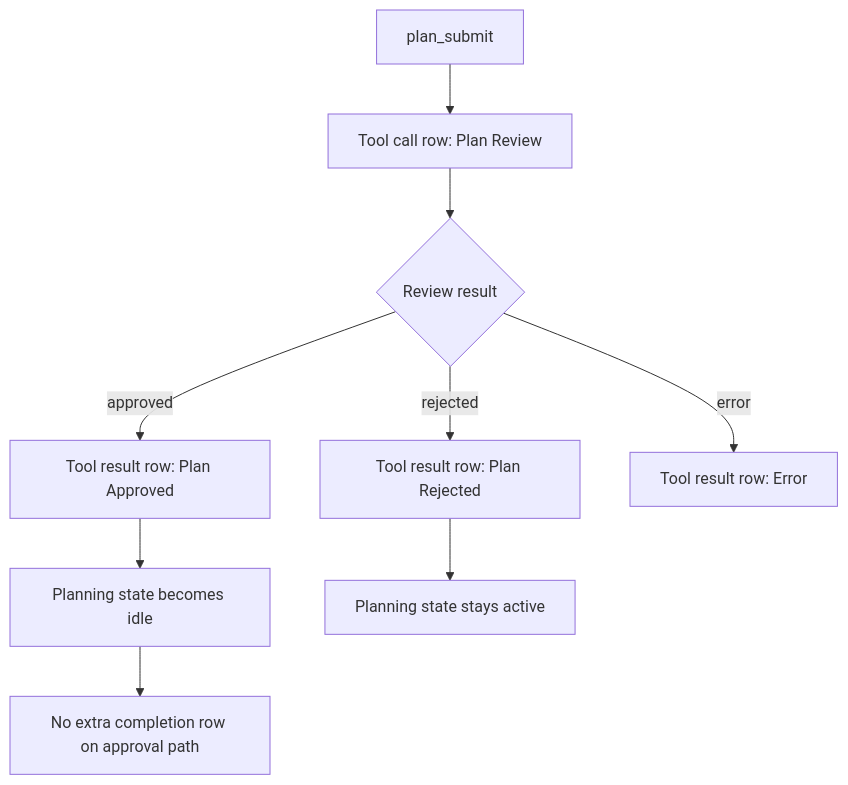
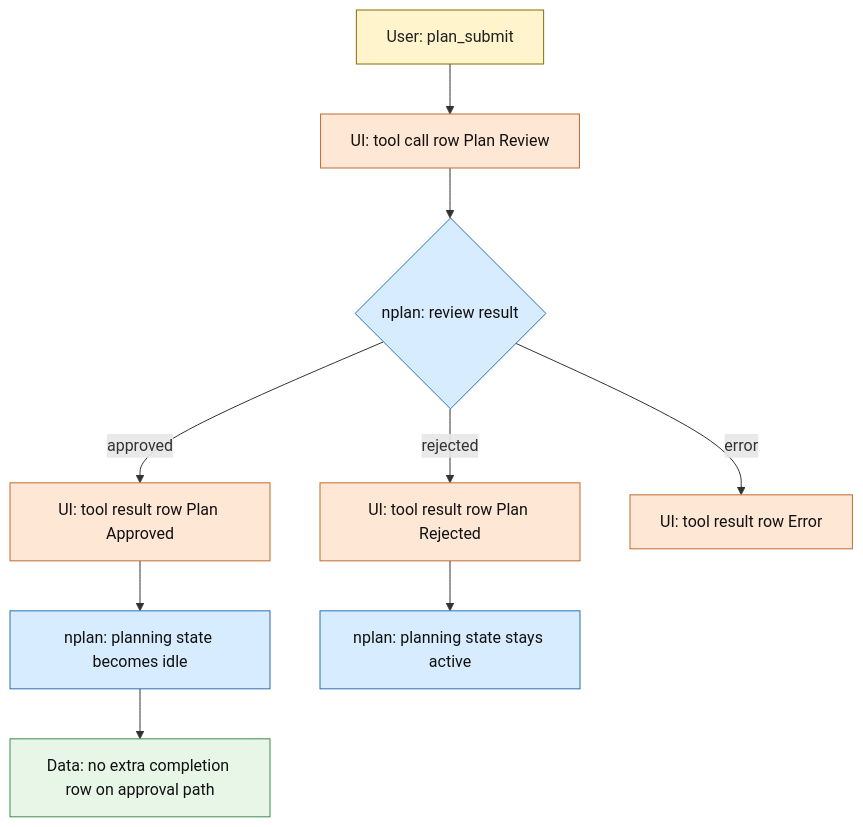
Before and after one commit to pyronaur/nplan: the fifth of 5 diagrams in docs/planning-message-lifecycle.md, drawn with Mermaid. The commit also changed other lines of this file, not shown here.

First line of the commit message:
Clarify ownership boundaries in planning message lifecycle docs

````diff
--- a/docs/planning-message-lifecycle.md
+++ b/docs/planning-message-lifecycle.md
@@ -111,11 +168,20 @@
 ```mermaid
 flowchart TD
-    A[plan_submit] --> B[Tool call row: Plan Review]
-    B --> C{Review result}
-    C -->|approved| D[Tool result row: Plan Approved]
-    C -->|rejected| E[Tool result row: Plan Rejected]
-    C -->|error| F[Tool result row: Error]
-    D --> G[Planning state becomes idle]
-    E --> H[Planning state stays active]
-    G --> I[No extra completion row on approval path]
+    A[User: plan_submit] --> B[UI: tool call row Plan Review]
+    B --> C{nplan: review result}
+    C -->|approved| D[UI: tool result row Plan Approved]
+    C -->|rejected| E[UI: tool result row Plan Rejected]
+    C -->|error| F[UI: tool result row Error]
+    D --> G[nplan: planning state becomes idle]
+    E --> H[nplan: planning state stays active]
+    G --> I[Data: no extra completion row on approval path]
+
+    classDef user fill:#fff4cc,stroke:#8a6d00,color:#222;
+    classDef nplan fill:#d8ecff,stroke:#2f6fb0,color:#111;
+    classDef data fill:#e8f6e8,stroke:#3d8a4d,color:#111;
+    classDef ui fill:#ffe7d6,stroke:#c26a2e,color:#111;
+    class A user;
+    class C,G,H nplan;
+    class I data;
+    class B,D,E,F ui;
 ```
````
